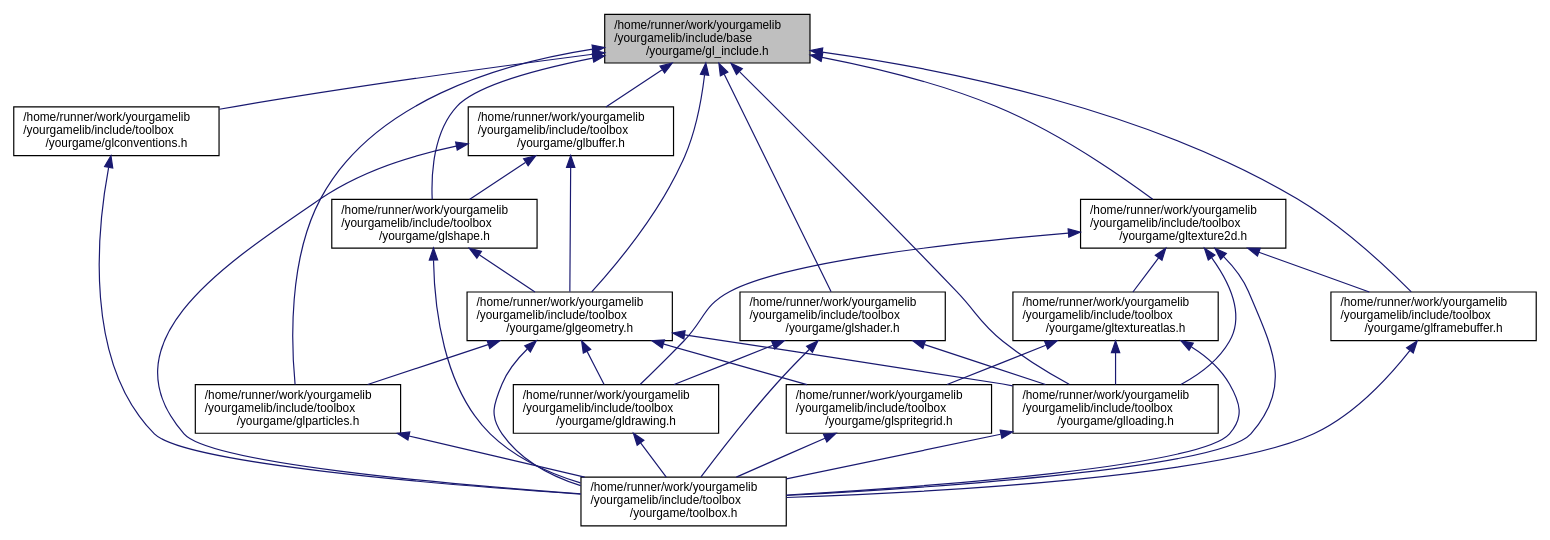
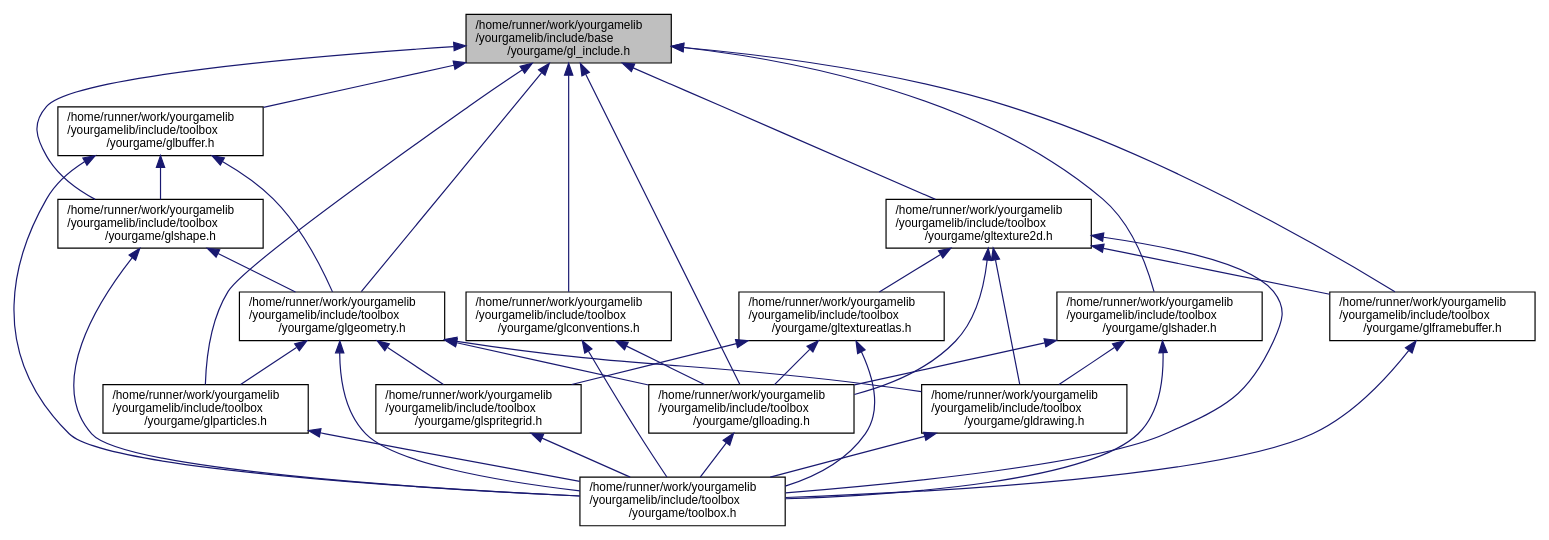
The diagram in gl__include_8h__dep__incl.dot (duddel/yourgamelib), drawn with Graphviz before and after one commit. The commit also changed 73 other files, not shown here.

```diff
--- a/gl__include_8h__dep__incl.dot
+++ b/gl__include_8h__dep__incl.dot
@@ -1,55 +1,56 @@
 digraph "/home/runner/work/yourgamelib/yourgamelib/include/base/yourgame/gl_include.h"
 {
   edge [fontname="Helvetica",fontsize="10",labelfontname="Helvetica",labelfontsize="10"];
   node [fontname="Helvetica",fontsize="10",shape=record];
   Node1 [label="/home/runner/work/yourgamelib\l/yourgamelib/include/base\l/yourgame/gl_include.h",height=0.2,width=0.4,color="black", fillcolor="grey75", style="filled", fontcolor="black"];
   Node1 -> Node2 [dir="back",color="midnightblue",fontsize="10",style="solid",fontname="Helvetica"];
   Node2 [label="/home/runner/work/yourgamelib\l/yourgamelib/include/toolbox\l/yourgame/glbuffer.h",height=0.2,width=0.4,color="black", fillcolor="white", style="filled",URL="$glbuffer_8h.html"];
   Node2 -> Node3 [dir="back",color="midnightblue",fontsize="10",style="solid",fontname="Helvetica"];
   Node3 [label="/home/runner/work/yourgamelib\l/yourgamelib/include/toolbox\l/yourgame/glgeometry.h",height=0.2,width=0.4,color="black", fillcolor="white", style="filled",URL="$glgeometry_8h.html"];
   Node3 -> Node4 [dir="back",color="midnightblue",fontsize="10",style="solid",fontname="Helvetica"];
   Node4 [label="/home/runner/work/yourgamelib\l/yourgamelib/include/toolbox\l/yourgame/gldrawing.h",height=0.2,width=0.4,color="black", fillcolor="white", style="filled",URL="$gldrawing_8h.html"];
   Node4 -> Node5 [dir="back",color="midnightblue",fontsize="10",style="solid",fontname="Helvetica"];
   Node5 [label="/home/runner/work/yourgamelib\l/yourgamelib/include/toolbox\l/yourgame/toolbox.h",height=0.2,width=0.4,color="black", fillcolor="white", style="filled",URL="$toolbox_8h.html"];
   Node3 -> Node6 [dir="back",color="midnightblue",fontsize="10",style="solid",fontname="Helvetica"];
   Node6 [label="/home/runner/work/yourgamelib\l/yourgamelib/include/toolbox\l/yourgame/glloading.h",height=0.2,width=0.4,color="black", fillcolor="white", style="filled",URL="$glloading_8h.html"];
   Node6 -> Node5 [dir="back",color="midnightblue",fontsize="10",style="solid",fontname="Helvetica"];
   Node3 -> Node7 [dir="back",color="midnightblue",fontsize="10",style="solid",fontname="Helvetica"];
   Node7 [label="/home/runner/work/yourgamelib\l/yourgamelib/include/toolbox\l/yourgame/glparticles.h",height=0.2,width=0.4,color="black", fillcolor="white", style="filled",URL="$glparticles_8h.html"];
   Node7 -> Node5 [dir="back",color="midnightblue",fontsize="10",style="solid",fontname="Helvetica"];
   Node3 -> Node8 [dir="back",color="midnightblue",fontsize="10",style="solid",fontname="Helvetica"];
   Node8 [label="/home/runner/work/yourgamelib\l/yourgamelib/include/toolbox\l/yourgame/glspritegrid.h",height=0.2,width=0.4,color="black", fillcolor="white", style="filled",URL="$glspritegrid_8h.html"];
   Node8 -> Node5 [dir="back",color="midnightblue",fontsize="10",style="solid",fontname="Helvetica"];
   Node3 -> Node5 [dir="back",color="midnightblue",fontsize="10",style="solid",fontname="Helvetica"];
   Node2 -> Node9 [dir="back",color="midnightblue",fontsize="10",style="solid",fontname="Helvetica"];
   Node9 [label="/home/runner/work/yourgamelib\l/yourgamelib/include/toolbox\l/yourgame/glshape.h",height=0.2,width=0.4,color="black", fillcolor="white", style="filled",URL="$glshape_8h.html"];
   Node9 -> Node3 [dir="back",color="midnightblue",fontsize="10",style="solid",fontname="Helvetica"];
   Node9 -> Node5 [dir="back",color="midnightblue",fontsize="10",style="solid",fontname="Helvetica"];
   Node2 -> Node5 [dir="back",color="midnightblue",fontsize="10",style="solid",fontname="Helvetica"];
   Node1 -> Node10 [dir="back",color="midnightblue",fontsize="10",style="solid",fontname="Helvetica"];
   Node10 [label="/home/runner/work/yourgamelib\l/yourgamelib/include/toolbox\l/yourgame/glconventions.h",height=0.2,width=0.4,color="black", fillcolor="white", style="filled",URL="$glconventions_8h.html"];
+  Node10 -> Node6 [dir="back",color="midnightblue",fontsize="10",style="solid",fontname="Helvetica"];
   Node10 -> Node5 [dir="back",color="midnightblue",fontsize="10",style="solid",fontname="Helvetica"];
   Node1 -> Node11 [dir="back",color="midnightblue",fontsize="10",style="solid",fontname="Helvetica"];
   Node11 [label="/home/runner/work/yourgamelib\l/yourgamelib/include/toolbox\l/yourgame/glframebuffer.h",height=0.2,width=0.4,color="black", fillcolor="white", style="filled",URL="$glframebuffer_8h.html"];
   Node11 -> Node5 [dir="back",color="midnightblue",fontsize="10",style="solid",fontname="Helvetica"];
   Node1 -> Node3 [dir="back",color="midnightblue",fontsize="10",style="solid",fontname="Helvetica"];
   Node1 -> Node9 [dir="back",color="midnightblue",fontsize="10",style="solid",fontname="Helvetica"];
   Node1 -> Node6 [dir="back",color="midnightblue",fontsize="10",style="solid",fontname="Helvetica"];
   Node1 -> Node7 [dir="back",color="midnightblue",fontsize="10",style="solid",fontname="Helvetica"];
   Node1 -> Node12 [dir="back",color="midnightblue",fontsize="10",style="solid",fontname="Helvetica"];
   Node12 [label="/home/runner/work/yourgamelib\l/yourgamelib/include/toolbox\l/yourgame/glshader.h",height=0.2,width=0.4,color="black", fillcolor="white", style="filled",URL="$glshader_8h.html"];
   Node12 -> Node4 [dir="back",color="midnightblue",fontsize="10",style="solid",fontname="Helvetica"];
   Node12 -> Node6 [dir="back",color="midnightblue",fontsize="10",style="solid",fontname="Helvetica"];
   Node12 -> Node5 [dir="back",color="midnightblue",fontsize="10",style="solid",fontname="Helvetica"];
   Node1 -> Node13 [dir="back",color="midnightblue",fontsize="10",style="solid",fontname="Helvetica"];
   Node13 [label="/home/runner/work/yourgamelib\l/yourgamelib/include/toolbox\l/yourgame/gltexture2d.h",height=0.2,width=0.4,color="black", fillcolor="white", style="filled",URL="$gltexture2d_8h.html"];
   Node13 -> Node4 [dir="back",color="midnightblue",fontsize="10",style="solid",fontname="Helvetica"];
   Node13 -> Node11 [dir="back",color="midnightblue",fontsize="10",style="solid",fontname="Helvetica"];
   Node13 -> Node6 [dir="back",color="midnightblue",fontsize="10",style="solid",fontname="Helvetica"];
   Node13 -> Node14 [dir="back",color="midnightblue",fontsize="10",style="solid",fontname="Helvetica"];
   Node14 [label="/home/runner/work/yourgamelib\l/yourgamelib/include/toolbox\l/yourgame/gltextureatlas.h",height=0.2,width=0.4,color="black", fillcolor="white", style="filled",URL="$gltextureatlas_8h.html"];
   Node14 -> Node6 [dir="back",color="midnightblue",fontsize="10",style="solid",fontname="Helvetica"];
   Node14 -> Node8 [dir="back",color="midnightblue",fontsize="10",style="solid",fontname="Helvetica"];
   Node14 -> Node5 [dir="back",color="midnightblue",fontsize="10",style="solid",fontname="Helvetica"];
   Node13 -> Node5 [dir="back",color="midnightblue",fontsize="10",style="solid",fontname="Helvetica"];
 }
```
